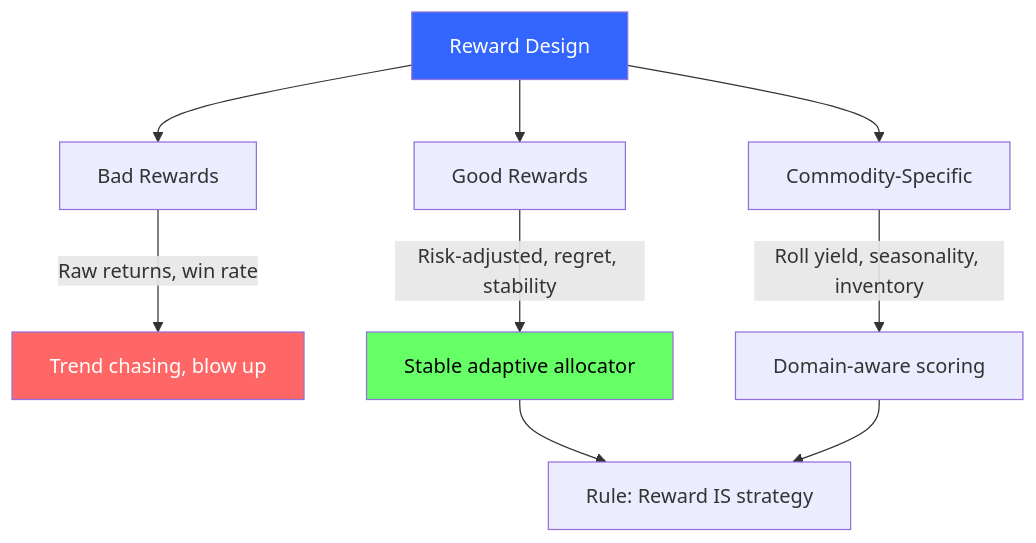
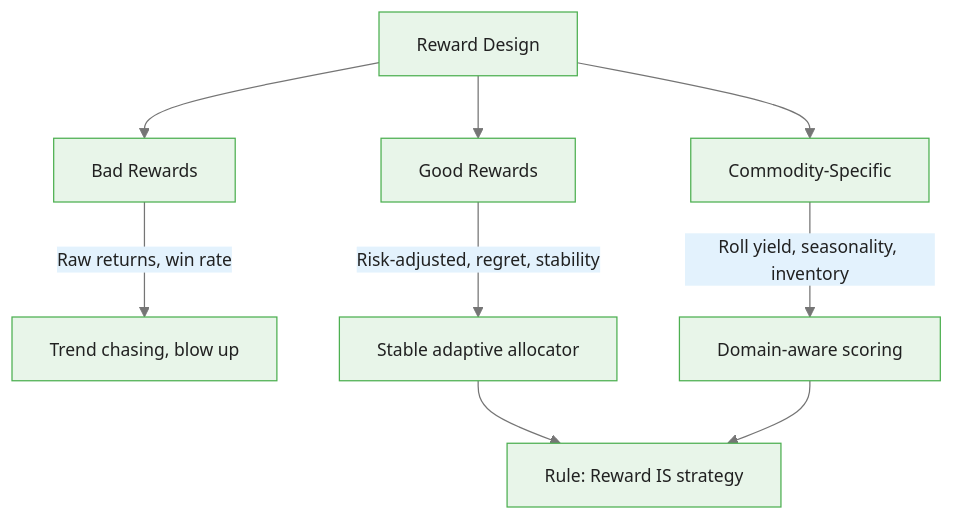
The fourth of 4 diagrams in courses/multi-armed-bandits-ab-testing/modules/module_05_commodity_trading_bandits/guides/02_reward_design_commodities_slides.md (m-deane/course-creator), drawn with Mermaid before and after one commit. The commit also changed other lines of this file and 146 other files, not shown here.

````diff
--- a/courses/multi-armed-bandits-ab-testing/modules/module_05_commodity_trading_bandits/guides/02_reward_design_commodities_slides.md
+++ b/courses/multi-armed-bandits-ab-testing/modules/module_05_commodity_trading_bandits/guides/02_reward_design_commodities_slides.md
@@ -263,17 +303,14 @@
 ```mermaid
+%%{init: {"theme": "base", "themeVariables": {"primaryColor": "#e8f5e9", "primaryBorderColor": "#4caf50", "primaryTextColor": "#212121", "secondaryColor": "#e3f2fd", "tertiaryColor": "#fff8e1", "lineColor": "#757575", "fontFamily": "Inter, sans-serif", "fontSize": "14px"}}}%%
 flowchart TD
     RD["Reward Design"] --> Bad_v["Bad Rewards"]
     RD --> Good_v["Good Rewards"]
     RD --> Commodity["Commodity-Specific"]
 
     Bad_v --> |"Raw returns, win rate"| Disaster["Trend chasing, blow up"]
     Good_v --> |"Risk-adjusted, regret, stability"| Success["Stable adaptive allocator"]
     Commodity --> |"Roll yield, seasonality, inventory"| Context["Domain-aware scoring"]
 
     Success --> Rule["Rule: Reward IS strategy"]
     Context --> Rule
-
-    style RD fill:#36f,color:#fff
-    style Success fill:#6f6,color:#000
-    style Disaster fill:#f66,color:#fff
 ```
````
